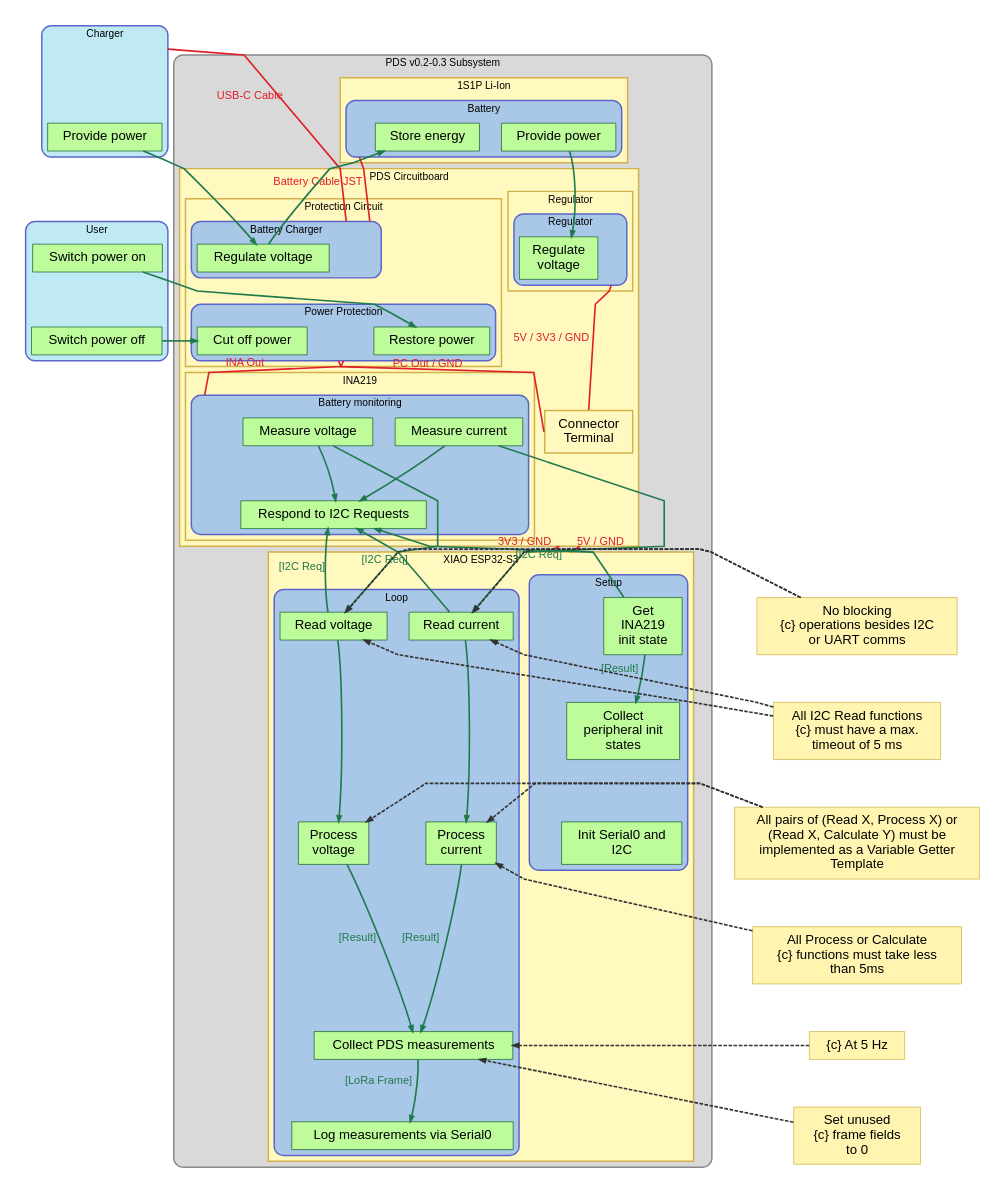
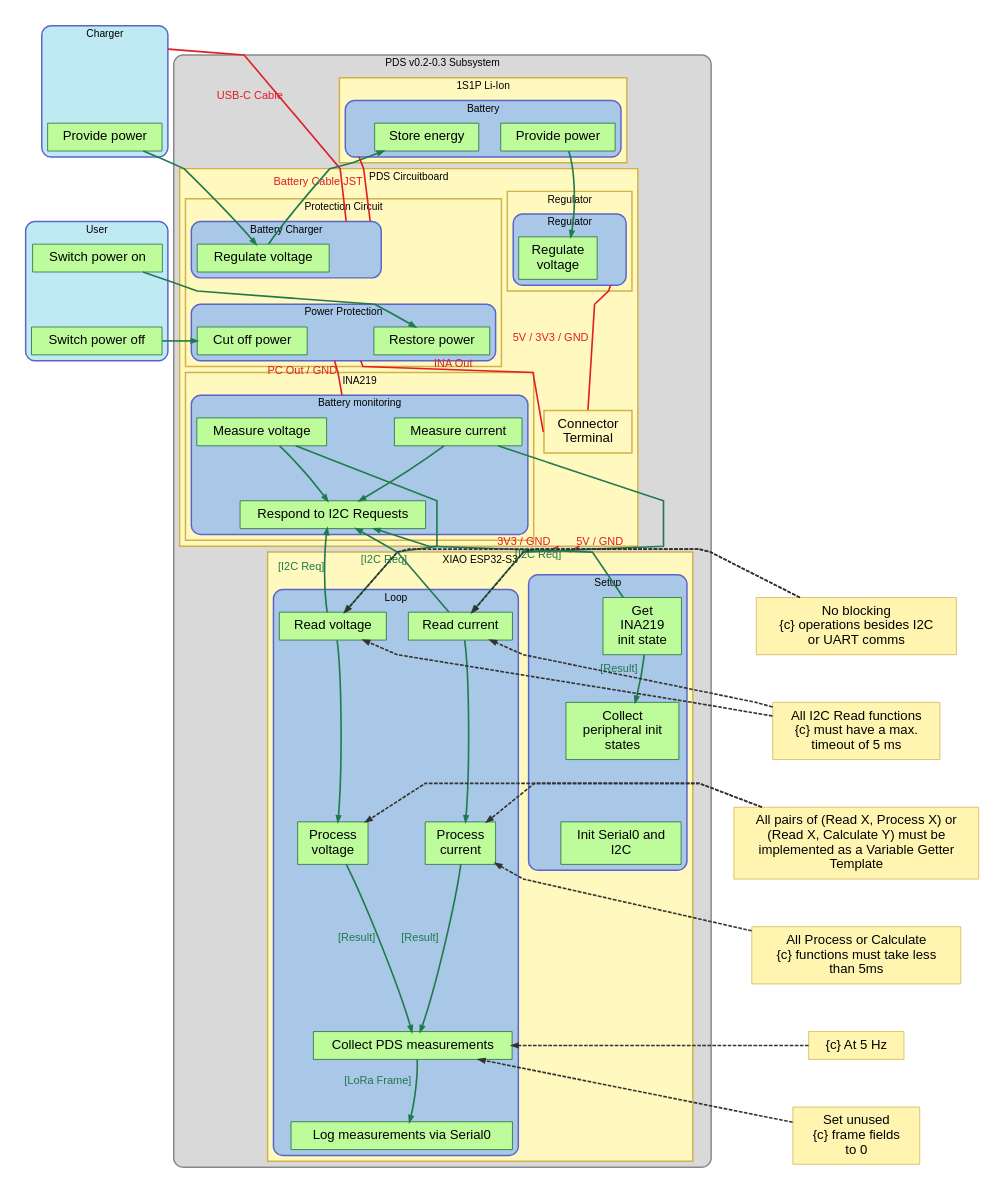
One commit to DeltaLabo/CanSatWorkshop changed the diagram in PDS/PDS_v0.2.dot. Above: the diagram before and after it, drawn with Graphviz.

Commit message:
Final polish for PDS v0.2 routing

```diff
--- a/PDS/PDS_v0.2.dot
+++ b/PDS/PDS_v0.2.dot
@@ -316,10 +316,21 @@
     minlen=1,
     dir=none,
     tailport=s,
+    headport=n
+  ];
+  protection_pc_out -> ina_power_in [
+    xlabel="PC Out / GND",
+    color="#E11D28",
+    fontcolor="#E11D28",
+    ltail=cluster_power_protection,
+    lhead=cluster_batt_monitoring,
+    constraint=false,
+    dir=none,
+    tailport=s,
     headport=nw
   ];
-  protection_pc_out -> connector_terminal [
-    xlabel="PC Out / GND",
+  protection_ina_out -> connector_terminal [
+    xlabel="INA Out",
     color="#E11D28",
     fontcolor="#E11D28",
     ltail=cluster_power_protection,
@@ -327,17 +338,6 @@
     dir=none,
     tailport=e,
     headport=w
-  ];
-  protection_ina_out -> ina_signal_in [
-    xlabel="INA Out",
-    color="#E11D28",
-    fontcolor="#E11D28",
-    ltail=cluster_power_protection,
-    lhead=cluster_batt_monitoring,
-    constraint=false,
-    dir=none,
-    tailport=s,
-    headport=n
   ];
   regulator_out -> connector_terminal [
     xlabel="5V / 3V3 / GND",
```
